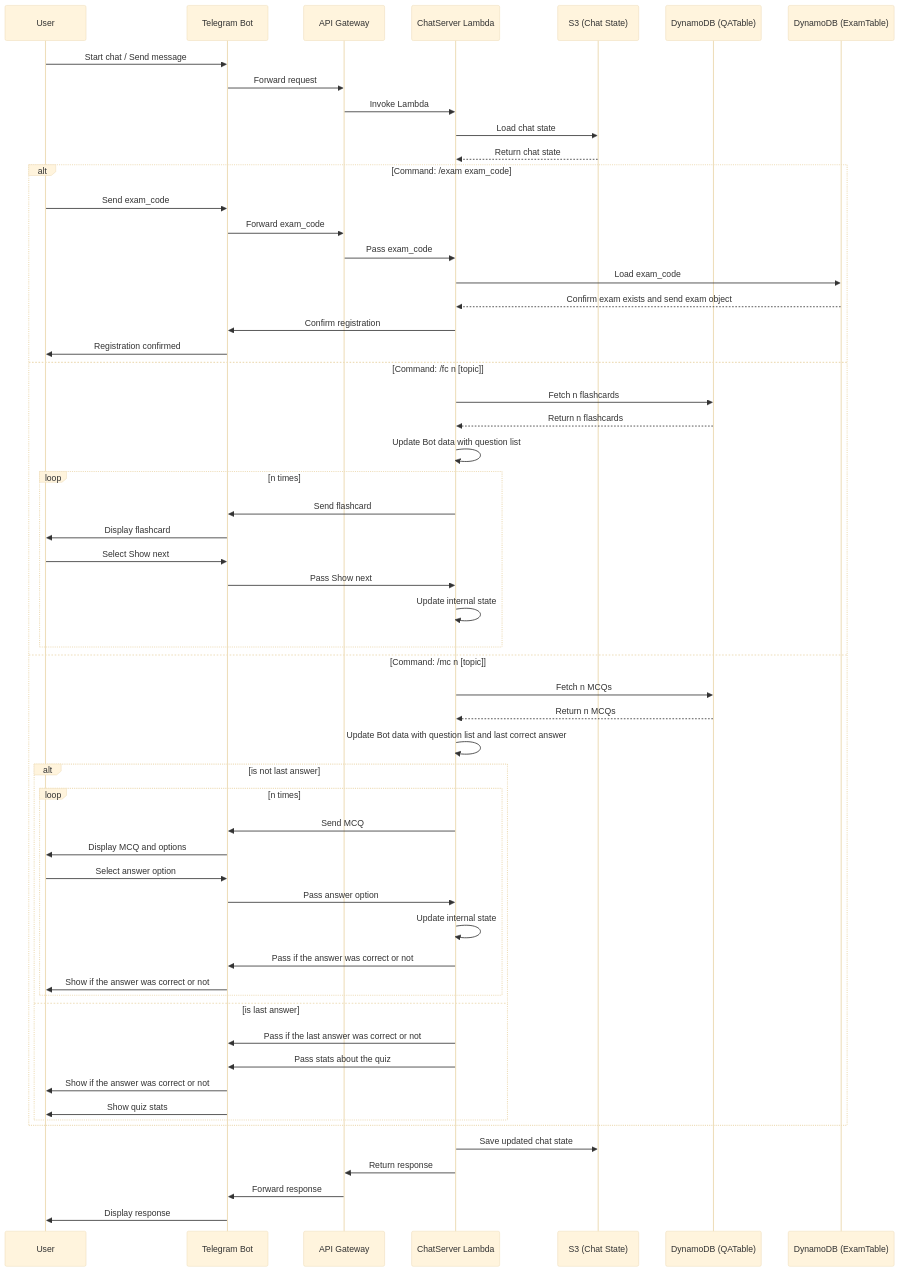
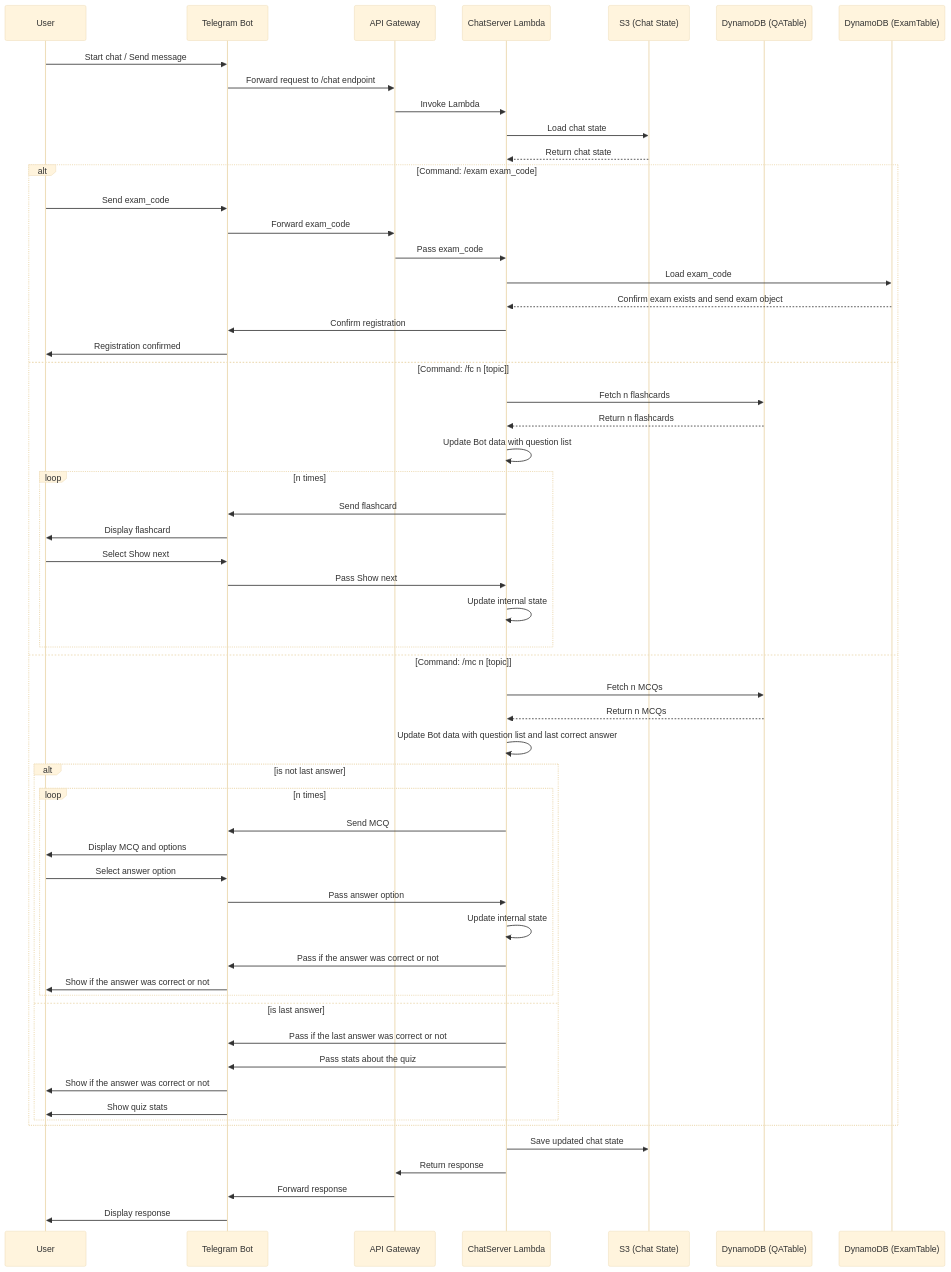
One commit to rajkorde/ExamGPTCloud changed the second of 2 diagrams in README.md. Above: the diagram before and after it, drawn with Mermaid (base theme). The commit also changed other lines of this file and 3 other files, not shown here.

Commit message:
Updated Readme to include sequence diagram for create exam

````diff
--- a/README.md
+++ b/README.md
@@ -40,64 +101,64 @@
 ```mermaid
 sequenceDiagram
     participant U as User
     participant TB as Telegram Bot
     participant AG as API Gateway
     participant CSL as ChatServer Lambda
     participant S3 as S3 (Chat State)
     participant DDB as DynamoDB (QATable)
     participant ExamDDB as DynamoDB (ExamTable)
 
     U->>TB: Start chat / Send message
-    TB->>AG: Forward request
+    TB->>AG: Forward request to /chat endpoint
     AG->>CSL: Invoke Lambda
     CSL->>S3: Load chat state
     S3-->>CSL: Return chat state
 
 
     alt Command: /exam exam_code
         U->>TB: Send exam_code
         TB->>AG: Forward exam_code
         AG->>CSL: Pass exam_code
         CSL->>ExamDDB: Load exam_code
         ExamDDB-->>CSL: Confirm exam exists and send exam object
         CSL->>TB: Confirm registration
         TB->>U: Registration confirmed
     else Command: /fc n [topic]
         CSL->>DDB: Fetch n flashcards
         DDB-->>CSL: Return n flashcards
         CSL->>CSL: Update Bot data with question list
         loop n times
             CSL->>TB: Send flashcard
             TB->>U: Display flashcard
             U->>TB: Select Show next
             TB->>CSL: Pass Show next
             CSL->>CSL: Update internal state
         end
     else Command: /mc n [topic]
         CSL->>DDB: Fetch n MCQs
         DDB-->>CSL: Return n MCQs
         CSL->>CSL: Update Bot data with question list and last correct answer
         alt is not last answer
             loop n times
                 CSL->>TB: Send MCQ
                 TB->>U: Display MCQ and options
                 U->>TB: Select answer option
                 TB->>CSL: Pass answer option
                 CSL->>CSL: Update internal state
                 CSL->>TB: Pass if the answer was correct or not
                 TB->>U: Show if the answer was correct or not
             end
         else is last answer
             CSL->>TB: Pass if the last answer was correct or not
             CSL->>TB: Pass stats about the quiz
             TB->>U: Show if the answer was correct or not
             TB->>U: Show quiz stats
         end
     end
 
     CSL->>S3: Save updated chat state
     CSL->>AG: Return response
     AG->>TB: Forward response
     TB->>U: Display response
 
 ```
````
